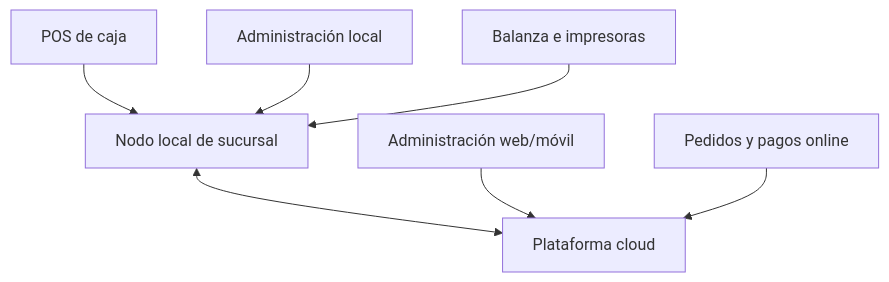
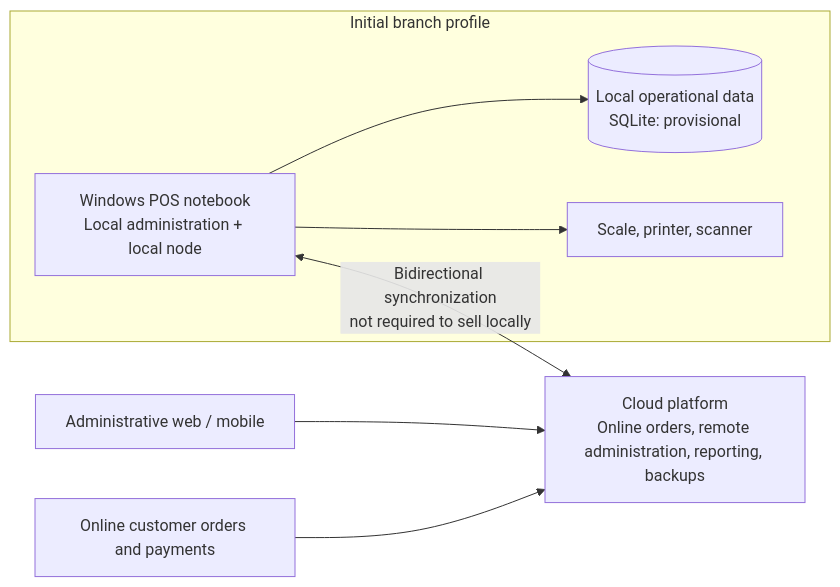
The diagram in README.md (Incoders-Tools/incoders-commerce), drawn with Mermaid before and after one commit. The commit also changed other lines of this file and 5 other files, not shown here.

Commit message:
docs: establish architecture documentation base (#1)

````diff
--- a/README.md
+++ b/README.md
@@ -47,9 +22,15 @@
-~~~mermaid
-flowchart TD
-    POS["POS de caja"] --> LOCAL["Nodo local de sucursal"]
-    ADMIN["Administración local"] --> LOCAL
-    HW["Balanza e impresoras"] --> LOCAL
-    LOCAL <--> CLOUD["Plataforma cloud"]
-    WEB["Administración web/móvil"] --> CLOUD
-    ORDERS["Pedidos y pagos online"] --> CLOUD
-~~~
+```mermaid
+flowchart LR
+    subgraph Branch[Initial branch profile]
+        POS["Windows POS notebook\nLocal administration + local node"]
+        DB[("Local operational data\nSQLite: provisional")]
+        HW["Scale, printer, scanner"]
+        POS --> DB
+        POS --> HW
+    end
+
+    CLOUD["Cloud platform\nOnline orders, remote administration, reporting, backups"]
+    WEB["Administrative web / mobile"] --> CLOUD
+    ONLINE["Online customer orders and payments"] --> CLOUD
+    POS <--> |"Bidirectional synchronization\nnot required to sell locally"| CLOUD
+```
````
